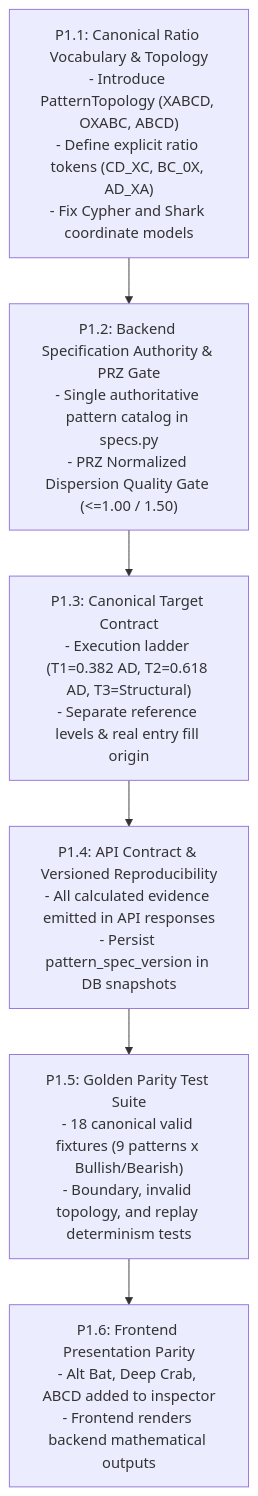
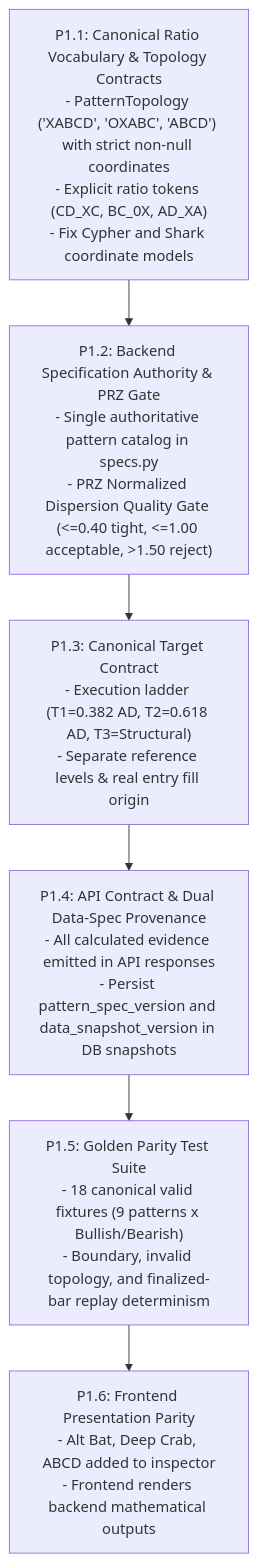
The diagram in docs/HARMONIC_INTELLIGENCE_REVIEW.md (AI-Pydev/tradestrix-web), drawn with Mermaid before and after one commit. The commit also changed other lines of this file, not shown here.

Commit message:
docs(harmonics): v2.2.0 freeze architecture specification with topology contracts and finalized-bar replay determinism

````diff
--- a/docs/HARMONIC_INTELLIGENCE_REVIEW.md
+++ b/docs/HARMONIC_INTELLIGENCE_REVIEW.md
@@ -347,11 +366,11 @@
 ```mermaid
 flowchart TD
-    P1_1["P1.1: Canonical Ratio Vocabulary & Topology\n- Introduce PatternTopology (XABCD, OXABC, ABCD)\n- Define explicit ratio tokens (CD_XC, BC_0X, AD_XA)\n- Fix Cypher and Shark coordinate models"]
-    P1_2["P1.2: Backend Specification Authority & PRZ Gate\n- Single authoritative pattern catalog in specs.py\n- PRZ Normalized Dispersion Quality Gate (<=1.00 / 1.50)"]
+    P1_1["P1.1: Canonical Ratio Vocabulary & Topology Contracts\n- PatternTopology ('XABCD', 'OXABC', 'ABCD') with strict non-null coordinates\n- Explicit ratio tokens (CD_XC, BC_0X, AD_XA)\n- Fix Cypher and Shark coordinate models"]
+    P1_2["P1.2: Backend Specification Authority & PRZ Gate\n- Single authoritative pattern catalog in specs.py\n- PRZ Normalized Dispersion Quality Gate (<=0.40 tight, <=1.00 acceptable, >1.50 reject)"]
     P1_3["P1.3: Canonical Target Contract\n- Execution ladder (T1=0.382 AD, T2=0.618 AD, T3=Structural)\n- Separate reference levels & real entry fill origin"]
-    P1_4["P1.4: API Contract & Versioned Reproducibility\n- All calculated evidence emitted in API responses\n- Persist pattern_spec_version in DB snapshots"]
-    P1_5["P1.5: Golden Parity Test Suite\n- 18 canonical valid fixtures (9 patterns x Bullish/Bearish)\n- Boundary, invalid topology, and replay determinism tests"]
+    P1_4["P1.4: API Contract & Dual Data-Spec Provenance\n- All calculated evidence emitted in API responses\n- Persist pattern_spec_version and data_snapshot_version in DB snapshots"]
+    P1_5["P1.5: Golden Parity Test Suite\n- 18 canonical valid fixtures (9 patterns x Bullish/Bearish)\n- Boundary, invalid topology, and finalized-bar replay determinism"]
     P1_6["P1.6: Frontend Presentation Parity\n- Alt Bat, Deep Crab, ABCD added to inspector\n- Frontend renders backend mathematical outputs"]
 
     P1_1 --> P1_2 --> P1_3 --> P1_4 --> P1_5 --> P1_6
 ```
````
